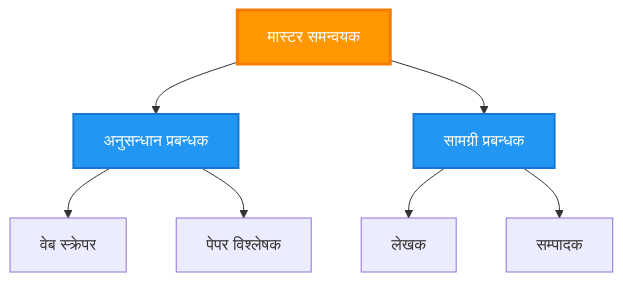
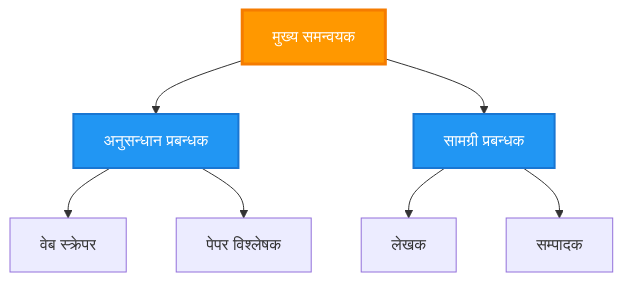
Before and after one commit to microsoft/AZD-for-beginners: the third of 6 diagrams in translations/ne/docs/chapter-06-pre-deployment/coordination-patterns.md, drawn with Mermaid. The commit also changed other lines of this file and 101 other files, not shown here.

````diff
--- a/translations/ne/docs/chapter-06-pre-deployment/coordination-patterns.md
+++ b/translations/ne/docs/chapter-06-pre-deployment/coordination-patterns.md
@@ -149,21 +143,21 @@
 ```mermaid
 graph TB
-    Master[मास्टर समन्वयक]
+    Master[मुख्य समन्वयक]
     Manager1[अनुसन्धान प्रबन्धक]
     Manager2[सामग्री प्रबन्धक]
     W1[वेब स्क्रेपर]
     W2[पेपर विश्लेषक]
     W3[लेखक]
     W4[सम्पादक]
     
     Master --> Manager1
     Master --> Manager2
     Manager1 --> W1
     Manager1 --> W2
     Manager2 --> W3
     Manager2 --> W4
     
     style Master fill:#FF9800,stroke:#F57C00,stroke-width:3px,color:#fff
     style Manager1 fill:#2196F3,stroke:#1976D2,stroke-width:2px,color:#fff
     style Manager2 fill:#2196F3,stroke:#1976D2,stroke-width:2px,color:#fff
 ```
````
